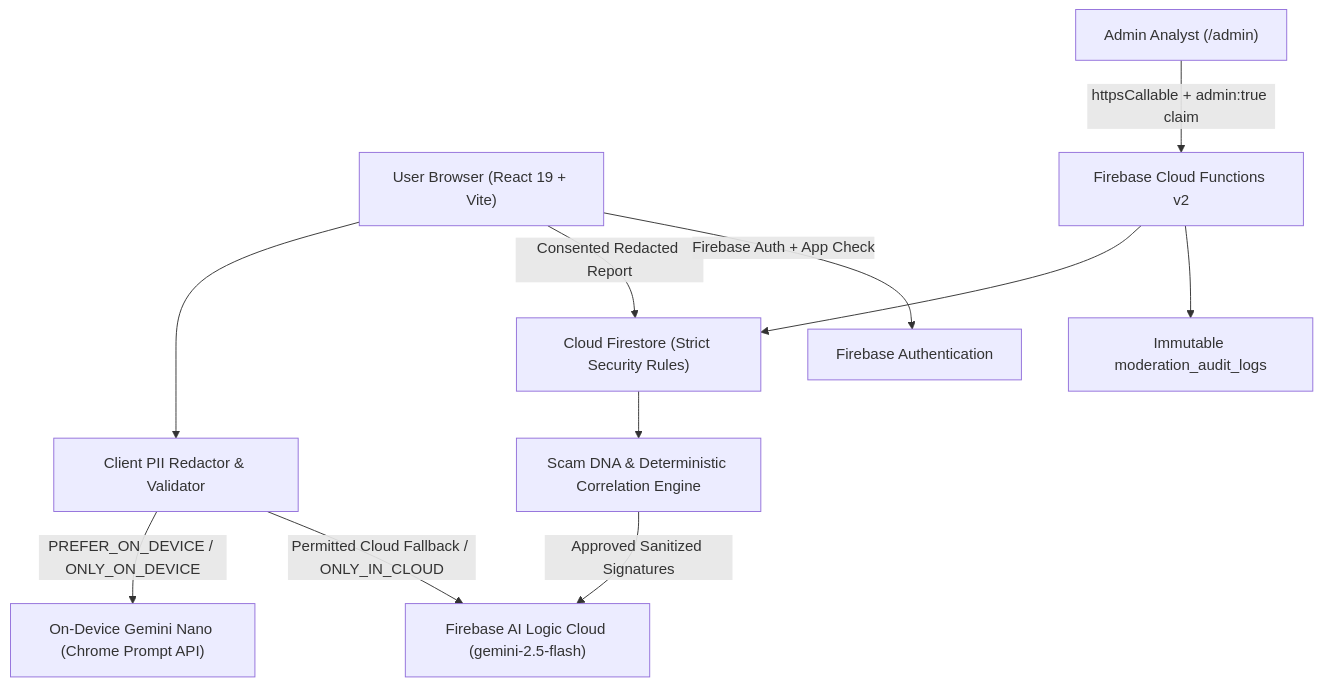
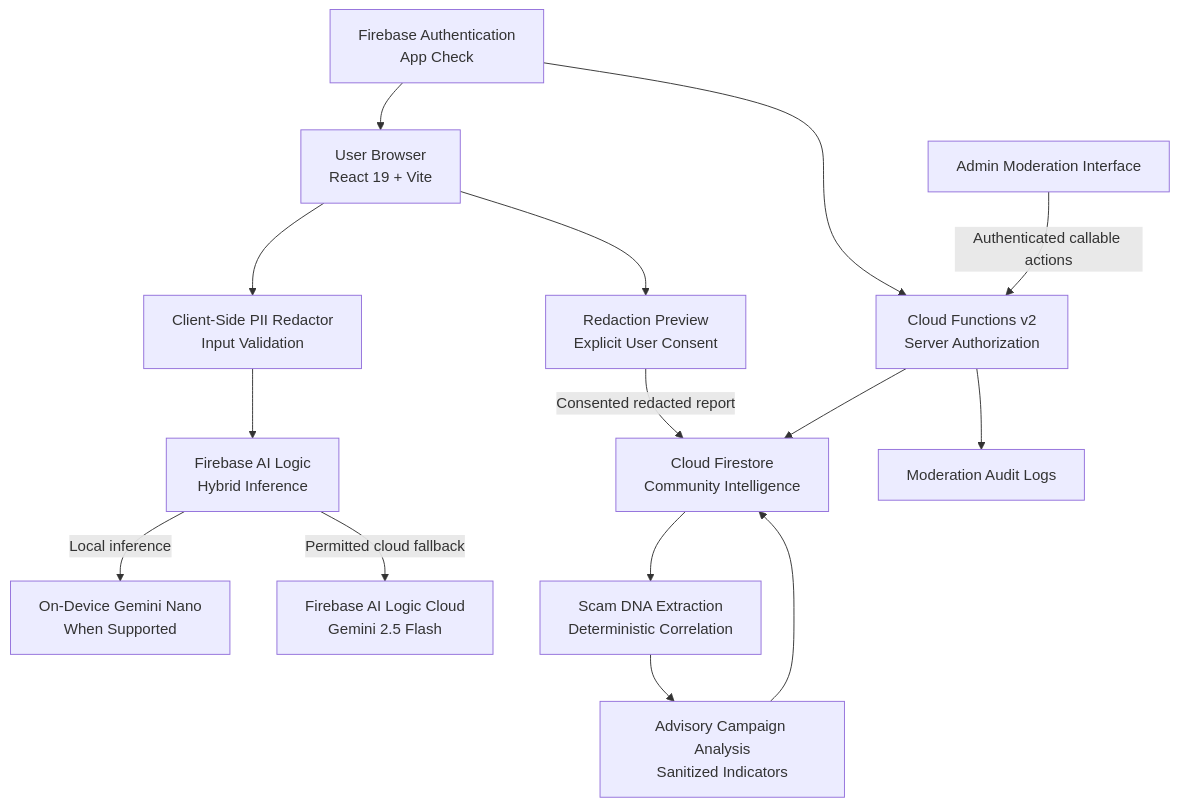
The first of 4 diagrams in README.md (Next-Gen-Coder-2007/Scam-Signal), drawn with Mermaid before and after one commit. The commit also changed other lines of this file, not shown here.

````diff
--- a/README.md
+++ b/README.md
@@ -32,13 +287,49 @@
 ```mermaid
 flowchart TD
-  User["User Browser (React 19 + Vite)"] --> Redactor["Client PII Redactor & Validator"]
-  Redactor -->|"PREFER_ON_DEVICE / ONLY_ON_DEVICE"| LocalAI["On-Device Gemini Nano (Chrome Prompt API)"]
-  Redactor -->|"Permitted Cloud Fallback / ONLY_IN_CLOUD"| CloudAI["Firebase AI Logic Cloud (gemini-2.5-flash)"]
-  User -->|"Consented Redacted Report"| Firestore["Cloud Firestore (Strict Security Rules)"]
-  User -->|"Firebase Auth + App Check"| Auth["Firebase Authentication"]
-  Firestore --> DNA["Scam DNA & Deterministic Correlation Engine"]
-  DNA -->|"Approved Sanitized Signatures"| CloudAI
-  Admin["Admin Analyst (/admin)"] -->|"httpsCallable + admin:true claim"| Functions["Firebase Cloud Functions v2"]
-  Functions --> Firestore
-  Functions --> Audit["Immutable moderation_audit_logs"]
+    U["User Browser<br/>React 19 + Vite"]
+
+    R["Client-Side PII Redactor<br/>Input Validation"]
+
+    AI["Firebase AI Logic<br/>Hybrid Inference"]
+
+    L["On-Device Gemini Nano<br/>When Supported"]
+
+    C["Firebase AI Logic Cloud<br/>Gemini 2.5 Flash"]
+
+    P["Redaction Preview<br/>Explicit User Consent"]
+
+    F["Cloud Firestore<br/>Community Intelligence"]
+
+    D["Scam DNA Extraction<br/>Deterministic Correlation"]
+
+    A["Advisory Campaign Analysis<br/>Sanitized Indicators"]
+
+    M["Admin Moderation Interface"]
+
+    CF["Cloud Functions v2<br/>Server Authorization"]
+
+    AU["Moderation Audit Logs"]
+
+    AUTH["Firebase Authentication<br/>App Check"]
+
+    U --> R
+    R --> AI
+
+    AI -->|"Local inference"| L
+    AI -->|"Permitted cloud fallback"| C
+
+    U --> P
+    P -->|"Consented redacted report"| F
+
+    F --> D
+    D --> A
+    A --> F
+
+    AUTH --> U
+    AUTH --> CF
+
+    M -->|"Authenticated callable actions"| CF
+
+    CF --> F
+    CF --> AU
 ```
````
